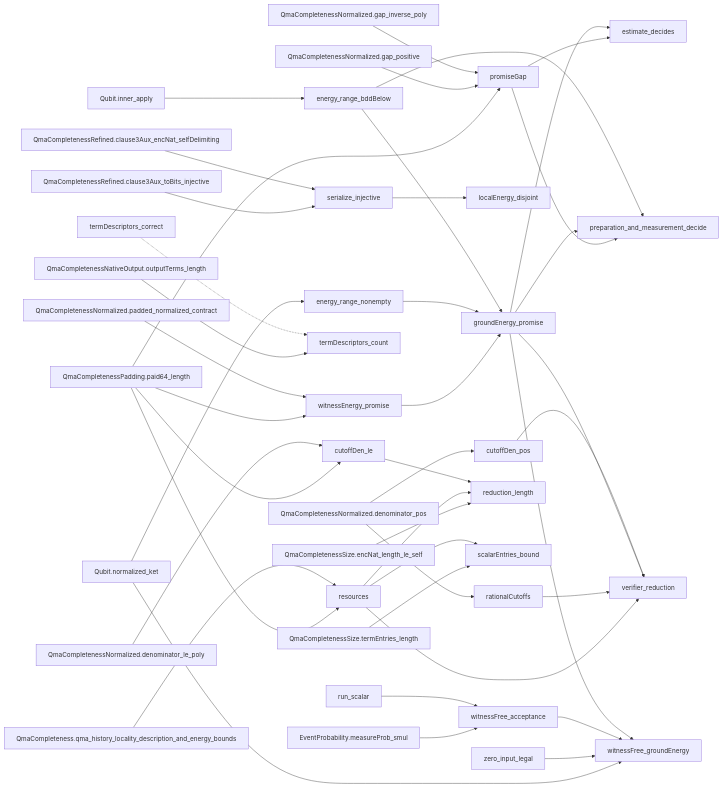
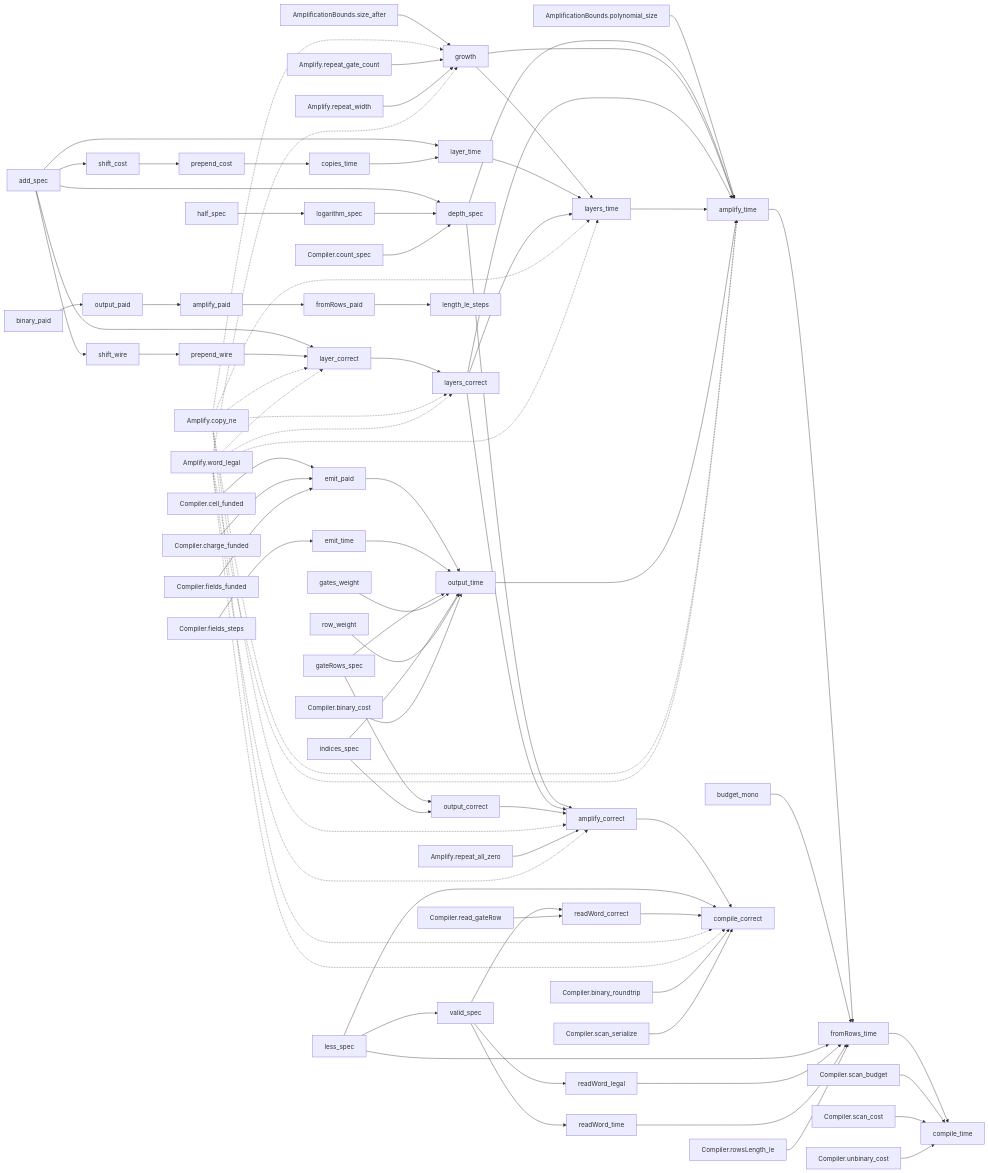
Before and after one commit to the-matter-lab/fqchem: the second of 11 diagrams in docs/theorems/kitaev.md, drawn with Mermaid. The commit also changed other lines of this file and 261 other files, not shown here.

````diff
--- a/docs/theorems/kitaev.md
+++ b/docs/theorems/kitaev.md
@@ -11,81 +33,142 @@
 ```mermaid
 flowchart LR
-  n8["cutoffDen_le"]
-  n9["cutoffDen_pos"]
-  n10["energy_range_bddBelow"]
-  n11["energy_range_nonempty"]
-  n12["estimate_decides"]
-  n13["groundEnergy_promise"]
-  n14["localEnergy_disjoint"]
-  n15["preparation_and_measurement_decide"]
-  n16["promiseGap"]
-  n17["rationalCutoffs"]
-  n18["reduction_length"]
-  n19["resources"]
-  n20["run_scalar"]
-  n21["scalarEntries_bound"]
-  n22["serialize_injective"]
-  n23["termDescriptors_correct"]
-  n24["termDescriptors_count"]
-  n25["verifier_reduction"]
-  n26["witnessEnergy_promise"]
-  n27["witnessFree_acceptance"]
-  n28["witnessFree_groundEnergy"]
-  n29["zero_input_legal"]
-  n45["QmaCompletenessRefined.clause3Aux_encNat_selfDelimiting"]
-  n46["QmaCompletenessRefined.clause3Aux_toBits_injective"]
-  n47["QmaCompletenessNativeOutput.outputTerms_length"]
-  n48["EventProbability.measureProb_smul"]
-  n49["Qubit.inner_apply"]
-  n50["Qubit.normalized_ket"]
-  n51["QmaCompleteness.qma_history_locality_description_and_energy_bounds"]
-  n52["QmaCompletenessNormalized.denominator_le_poly"]
-  n53["QmaCompletenessNormalized.denominator_pos"]
-  n54["QmaCompletenessNormalized.gap_inverse_poly"]
-  n55["QmaCompletenessNormalized.gap_positive"]
-  n56["QmaCompletenessNormalized.padded_normalized_contract"]
-  n57["QmaCompletenessPadding.paid64_length"]
-  n58["QmaCompletenessSize.encNat_length_le_self"]
-  n59["QmaCompletenessSize.termEntries_length"]
-  n52 --> n8
-  n57 --> n8
-  n53 --> n9
-  n49 --> n10
-  n50 --> n11
-  n13 --> n12
-  n16 --> n12
-  n10 --> n13
-  n11 --> n13
-  n26 --> n13
-  n22 --> n14
-  n10 --> n15
-  n13 --> n15
-  n16 --> n15
-  n54 --> n16
-  n55 --> n16
-  n57 --> n16
-  n53 --> n17
-  n8 --> n18
-  n19 --> n18
-  n58 --> n18
-  n51 --> n19
-  n57 --> n19
-  n19 --> n21
-  n59 --> n21
-  n45 --> n22
-  n46 --> n22
-  n23 -.-> n24
-  n47 --> n24
-  n9 --> n25
-  n13 --> n25
+  n9["AmplificationBounds.polynomial_size"]
+  n11["AmplificationBounds.size_after"]
+  n12["add_spec"]
+  n13["amplify_correct"]
+  n14["amplify_paid"]
+  n15["amplify_time"]
+  n16["binary_paid"]
+  n17["budget_mono"]
+  n18["compile_correct"]
+  n19["compile_time"]
+  n20["copies_time"]
+  n21["depth_spec"]
+  n22["emit_paid"]
+  n23["emit_time"]
+  n24["fromRows_paid"]
+  n25["fromRows_time"]
+  n26["gateRows_spec"]
+  n27["gates_weight"]
+  n28["growth"]
+  n29["half_spec"]
+  n30["indices_spec"]
+  n31["layer_correct"]
+  n32["layer_time"]
+  n33["layers_correct"]
+  n34["layers_time"]
+  n35["length_le_steps"]
+  n36["less_spec"]
+  n37["logarithm_spec"]
+  n38["output_correct"]
+  n39["output_paid"]
+  n40["output_time"]
+  n41["prepend_cost"]
+  n42["prepend_wire"]
+  n43["readWord_correct"]
+  n44["readWord_legal"]
+  n45["readWord_time"]
+  n46["row_weight"]
+  n47["shift_cost"]
+  n48["shift_wire"]
+  n49["valid_spec"]
+  n50["Amplify.copy_ne"]
+  n55["Amplify.repeat_all_zero"]
+  n56["Amplify.repeat_gate_count"]
+  n58["Amplify.repeat_width"]
+  n61["Amplify.word_legal"]
+  n81["Compiler.binary_cost"]
+  n83["Compiler.binary_roundtrip"]
+  n84["Compiler.cell_funded"]
+  n85["Compiler.charge_funded"]
+  n100["Compiler.count_spec"]
+  n103["Compiler.fields_funded"]
+  n104["Compiler.fields_steps"]
+  n117["Compiler.read_gateRow"]
+  n121["Compiler.rowsLength_le"]
+  n123["Compiler.scan_budget"]
+  n124["Compiler.scan_cost"]
+  n128["Compiler.scan_serialize"]
+  n134["Compiler.unbinary_cost"]
+  n21 --> n13
+  n33 --> n13
+  n38 --> n13
+  n50 -.-> n13
+  n55 --> n13
+  n61 -.-> n13
+  n39 --> n14
+  n9 --> n15
+  n21 --> n15
+  n28 --> n15
+  n33 --> n15
+  n34 --> n15
+  n40 --> n15
+  n50 -.-> n15
+  n61 -.-> n15
+  n13 --> n18
+  n36 --> n18
+  n43 --> n18
+  n50 -.-> n18
+  n61 -.-> n18
+  n83 --> n18
+  n128 --> n18
+  n25 --> n19
+  n123 --> n19
+  n124 --> n19
+  n134 --> n19
+  n41 --> n20
+  n12 --> n21
+  n37 --> n21
+  n100 --> n21
+  n84 --> n22
+  n85 --> n22
+  n103 --> n22
+  n104 --> n23
+  n14 --> n24
+  n15 --> n25
   n17 --> n25
-  n19 --> n25
-  n56 --> n26
-  n57 --> n26
-  n20 --> n27
-  n48 --> n27
-  n13 --> n28
-  n27 --> n28
-  n29 --> n28
-  n50 --> n28
+  n36 --> n25
+  n44 --> n25
+  n45 --> n25
+  n121 --> n25
+  n11 --> n28
+  n50 -.-> n28
+  n56 --> n28
+  n58 --> n28
+  n61 -.-> n28
+  n12 --> n31
+  n42 --> n31
+  n50 -.-> n31
+  n61 -.-> n31
+  n12 --> n32
+  n20 --> n32
+  n31 --> n33
+  n50 -.-> n33
+  n61 -.-> n33
+  n28 --> n34
+  n32 --> n34
+  n33 --> n34
+  n50 -.-> n34
+  n61 -.-> n34
+  n24 --> n35
+  n29 --> n37
+  n26 --> n38
+  n30 --> n38
+  n16 --> n39
+  n22 --> n40
+  n23 --> n40
+  n26 --> n40
+  n27 --> n40
+  n30 --> n40
+  n46 --> n40
+  n81 --> n40
+  n47 --> n41
+  n48 --> n42
+  n49 --> n43
+  n117 --> n43
+  n49 --> n44
+  n49 --> n45
+  n12 --> n47
+  n12 --> n48
+  n36 --> n49
 ```
````
